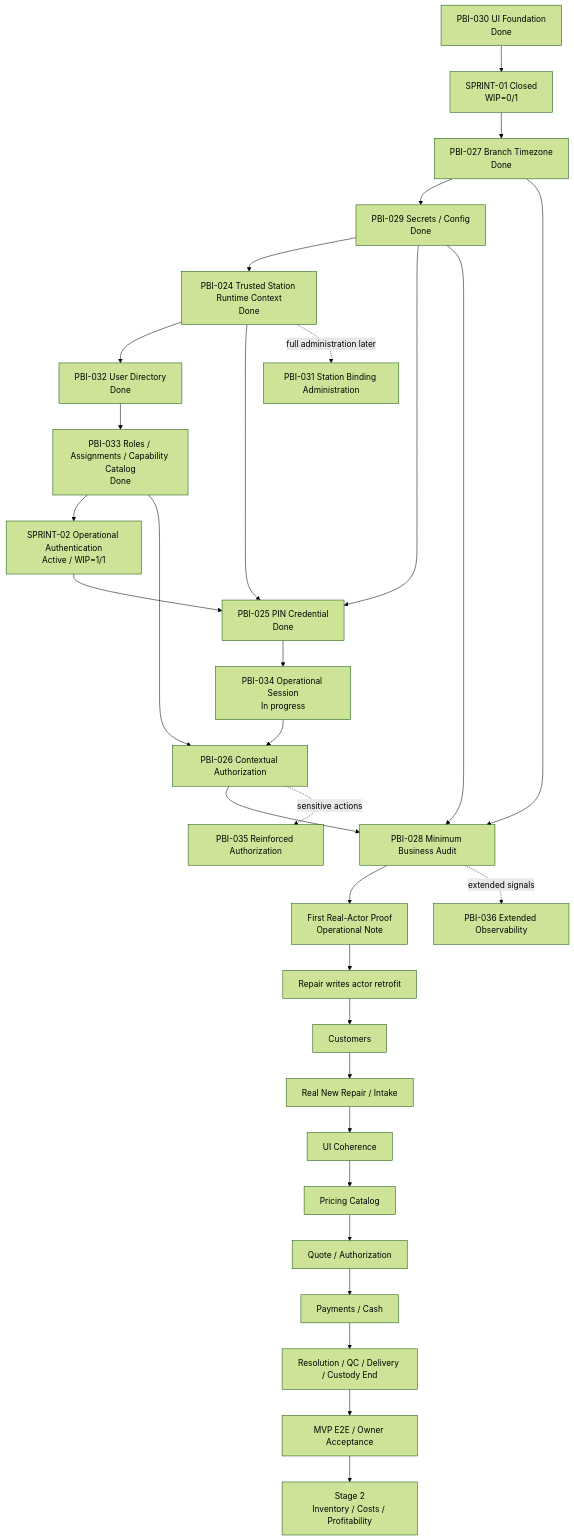
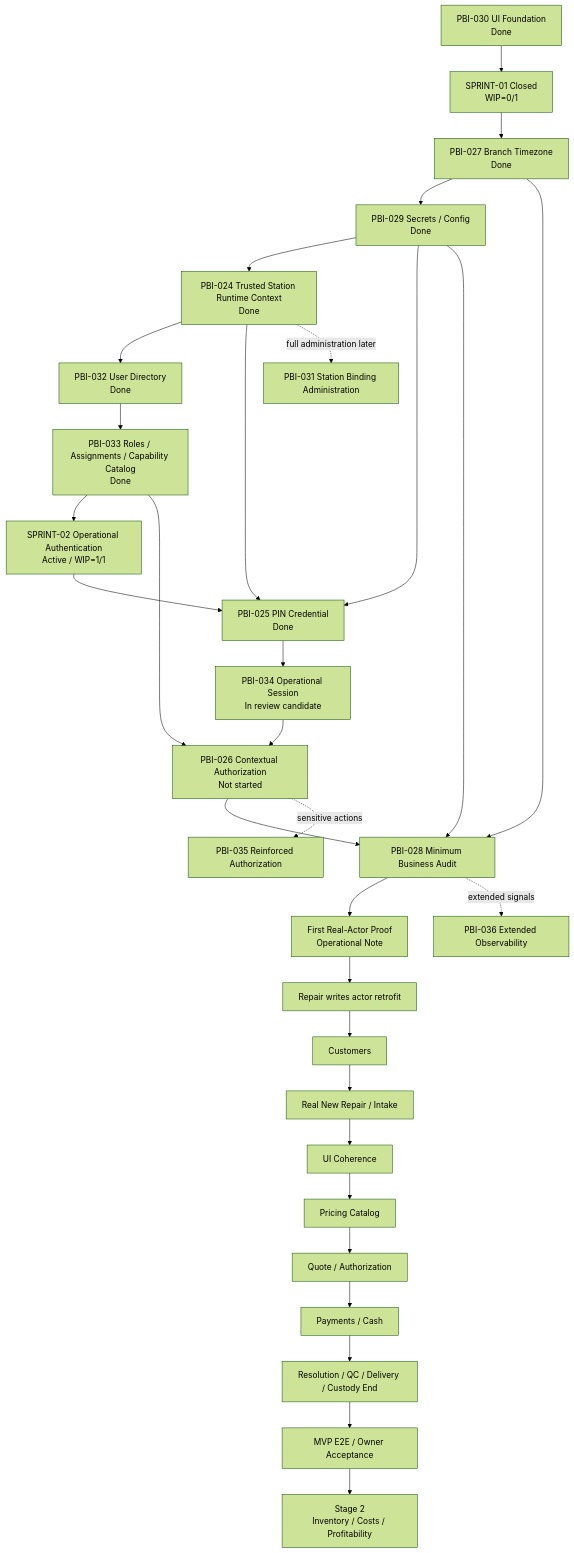
One commit to luisgtzaviles/SrTaller-2.0 changed the diagram in docs/backlog/DEPENDENCY_MAP.md. Above: the diagram before and after it, drawn with Mermaid (forest theme). The commit also changed other lines of this file and 32 other files, not shown here.

Commit message:
docs: reconcile pbi-034 integration candidate

````diff
--- a/docs/backlog/DEPENDENCY_MAP.md
+++ b/docs/backlog/DEPENDENCY_MAP.md
@@ -13,33 +13,33 @@
 ```mermaid
 flowchart TD
     P30[PBI-030 UI Foundation<br/>Done] --> S1[SPRINT-01 Closed<br/>WIP=0/1]
     S1 --> P27[PBI-027 Branch Timezone<br/>Done]
     P27 --> P29[PBI-029 Secrets / Config<br/>Done]
     P29 --> P24[PBI-024 Trusted Station Runtime Context<br/>Done]
     P24 --> P32[PBI-032 User Directory<br/>Done]
     P32 --> P33[PBI-033 Roles / Assignments / Capability Catalog<br/>Done]
     P33 --> S2[SPRINT-02 Operational Authentication<br/>Active / WIP=1/1]
     S2 --> P25[PBI-025 PIN Credential<br/>Done]
     P24 --> P25
     P29 --> P25
-    P25 --> P34[PBI-034 Operational Session<br/>In progress]
-    P34 --> P26[PBI-026 Contextual Authorization]
+    P25 --> P34[PBI-034 Operational Session<br/>In review candidate]
+    P34 --> P26[PBI-026 Contextual Authorization<br/>Not started]
     P33 --> P26
     P26 --> P28[PBI-028 Minimum Business Audit]
     P27 --> P28
     P29 --> P28
     P28 --> NOTE[First Real-Actor Proof<br/>Operational Note]
     NOTE --> RETRO[Repair writes actor retrofit]
     RETRO --> CUSTOMERS[Customers]
     CUSTOMERS --> INTAKE[Real New Repair / Intake]
     INTAKE --> POLISH[UI Coherence]
     POLISH --> PRICING[Pricing Catalog]
     PRICING --> QUOTE[Quote / Authorization]
     QUOTE --> MONEY[Payments / Cash]
     MONEY --> DELIVERY[Resolution / QC / Delivery / Custody End]
     DELIVERY --> MVP[MVP E2E / Owner Acceptance]
     P24 -. full administration later .-> P31[PBI-031 Station Binding Administration]
     P26 -. sensitive actions .-> P35[PBI-035 Reinforced Authorization]
     P28 -. extended signals .-> P36[PBI-036 Extended Observability]
     MVP --> STAGE2[Stage 2<br/>Inventory / Costs / Profitability]
 ```
````
